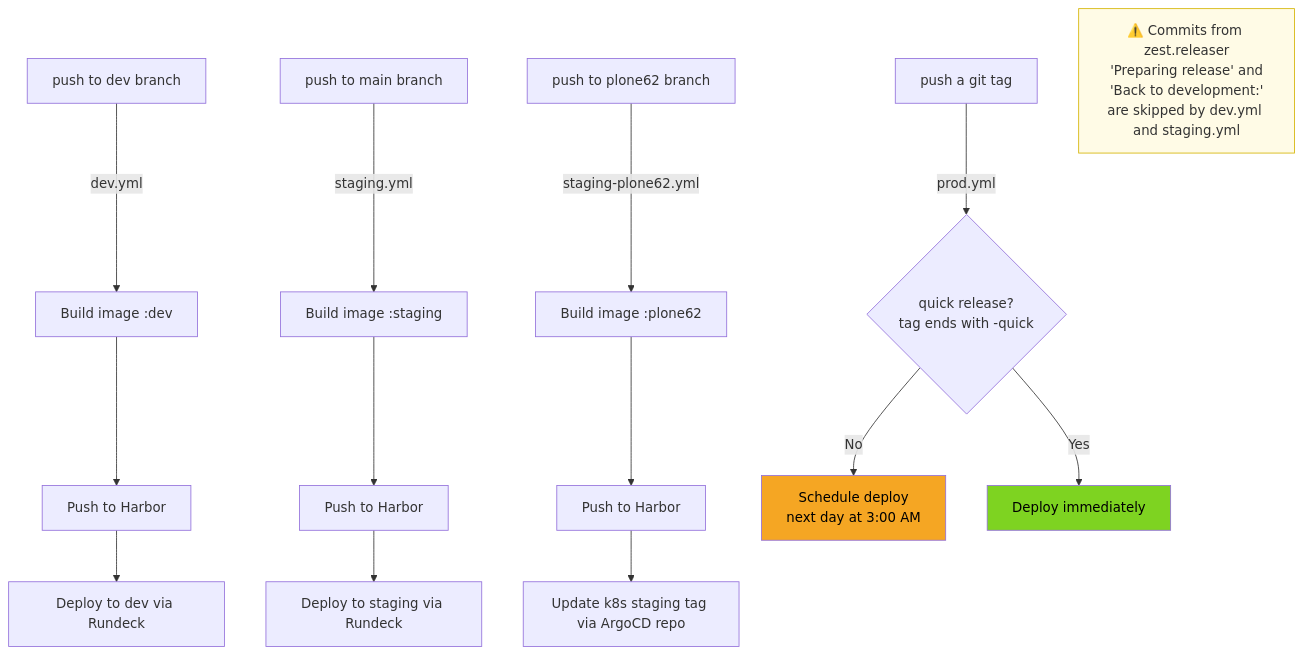
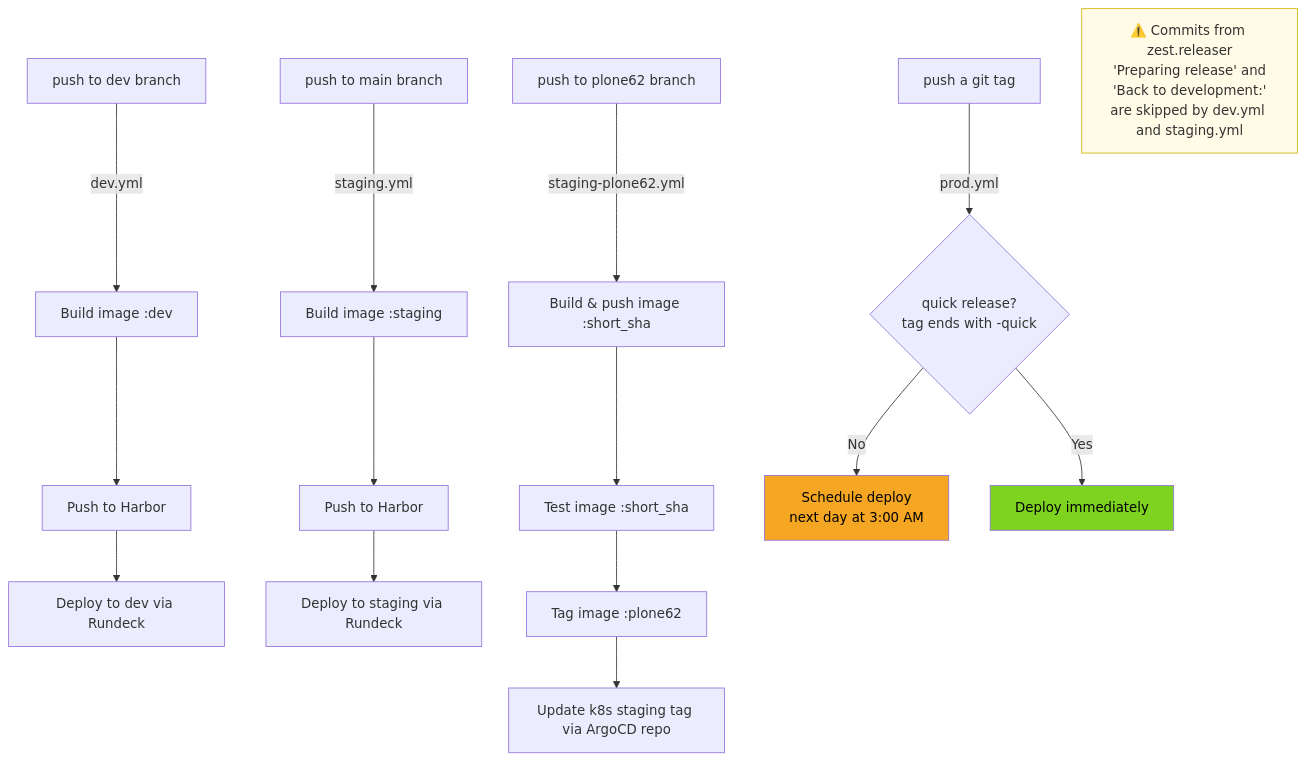
Before and after one commit to IMIO/buildout.smartweb: the first of 4 diagrams in .github/workflows/README.md, drawn with Mermaid. The commit also changed other lines of this file and 2 other files, not shown here.

First line of the commit message:
feat(ci/cd): test plone62 image before deploying it

````diff
--- a/.github/workflows/README.md
+++ b/.github/workflows/README.md
@@ -15,24 +15,25 @@
 ```mermaid
 flowchart TD
     A[push to dev branch] -->|dev.yml| B[Build image :dev]
     B --> C[Push to Harbor]
     C --> D[Deploy to dev via Rundeck]
 
     E[push to main branch] -->|staging.yml| F[Build image :staging]
     F --> G[Push to Harbor]
     G --> H[Deploy to staging via Rundeck]
 
-    P[push to plone62 branch] -->|staging-plone62.yml| Q[Build image :plone62]
-    Q --> R[Push to Harbor]
+    P[push to plone62 branch] -->|staging-plone62.yml| Q[Build & push image :short_sha]
+    Q --> T[Test image :short_sha]
+    T --> R[Tag image :plone62]
     R --> S[Update k8s staging tag via ArgoCD repo]
 
     I[push a git tag] -->|prod.yml| J{quick release?\ntag ends with -quick}
     J -- No --> K[Schedule deploy\nnext day at 3:00 AM]
     J -- Yes --> L[Deploy immediately]
 
     style K fill:#f5a623,color:#000
     style L fill:#7ed321,color:#000
 
     note1[" ⚠️ Commits from zest.releaser\n'Preparing release' and\n'Back to development:'\nare skipped by dev.yml and staging.yml"]
     style note1 fill:#fffbe6,stroke:#d4b300,color:#333
 ```
````
